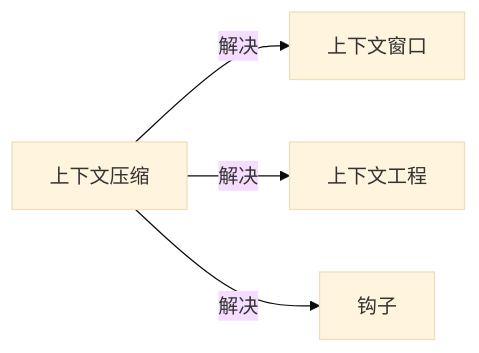
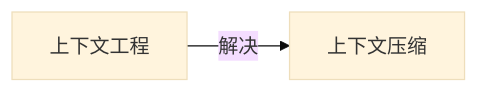
One commit to yibie/claude-best-practices-zh changed the diagram in wiki/上下文压缩.md. Above: the diagram before and after it, drawn with Mermaid (base theme). The commit also changed other lines of this file and 407 other files, not shown here.

Commit message:
feat: DeepSeek 三遍审校（译文/关系/图谱）+ 可部署静态站点

````diff
--- a/wiki/上下文压缩.md
+++ b/wiki/上下文压缩.md
@@ -45,7 +44,5 @@
 ```mermaid
 graph LR
   C["上下文压缩"]
-  C -->|解决| N0["上下文窗口"]
-  C -->|解决| N1["上下文工程"]
-  C -->|解决| N2["钩子"]
+  N0["上下文工程"] -->|解决| C
 ```
````
